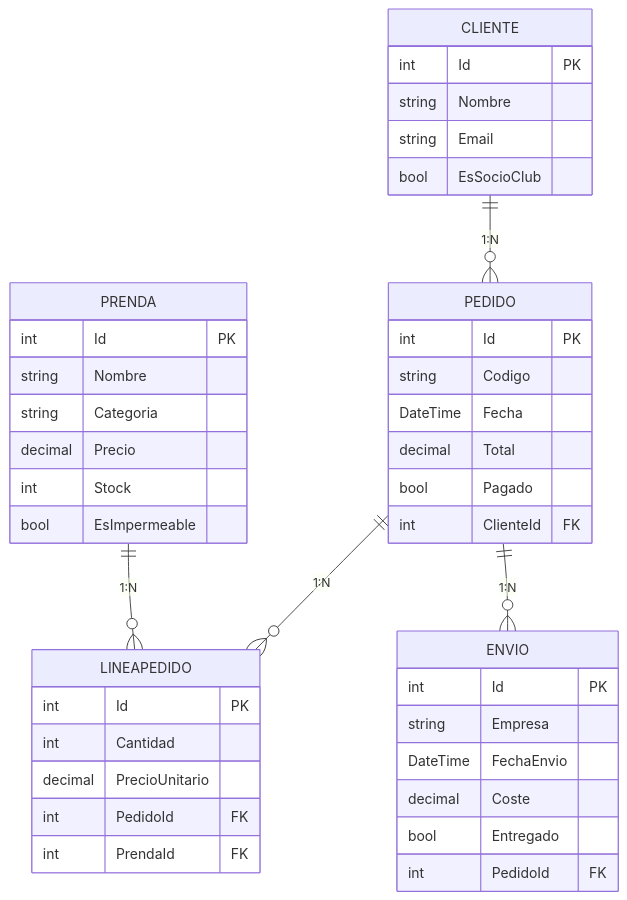
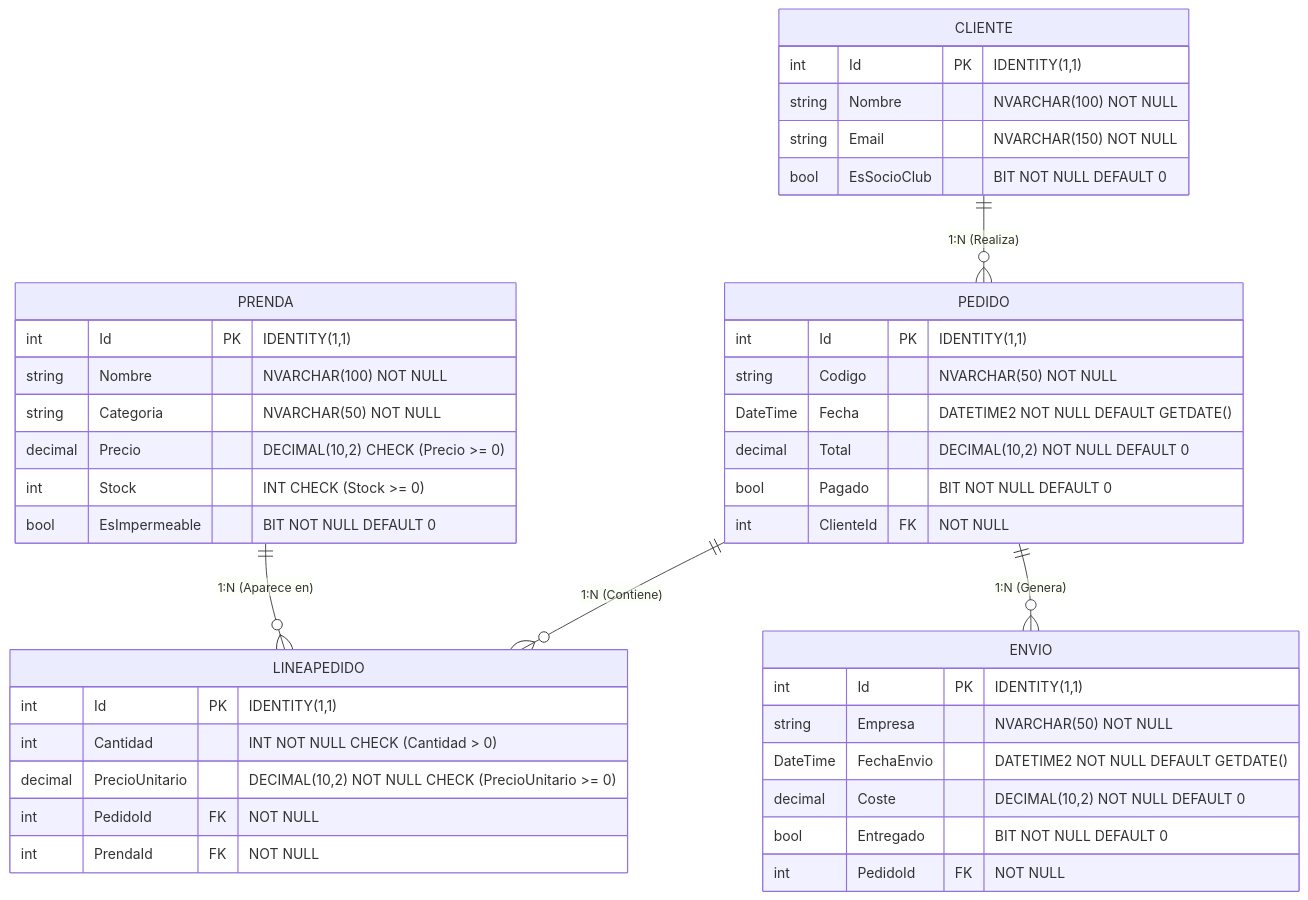
Before and after one commit to Lorenzoo195/DWES_AA1: the diagram in Docs/DOCUMENTACION.md, drawn with Mermaid. The commit also changed other lines of this file and 4 other files, not shown here.

````diff
--- a/Docs/DOCUMENTACION.md
+++ b/Docs/DOCUMENTACION.md
@@ -47,49 +60,49 @@
 ```mermaid
 erDiagram
-    CLIENTE ||--o{ PEDIDO : "1:N"
-    PEDIDO ||--o{ LINEAPEDIDO : "1:N"
-    PRENDA ||--o{ LINEAPEDIDO : "1:N"
-    PEDIDO ||--o{ ENVIO : "1:N"
+    CLIENTE ||--o{ PEDIDO : "1:N (Realiza)"
+    PEDIDO ||--o{ LINEAPEDIDO : "1:N (Contiene)"
+    PRENDA ||--o{ LINEAPEDIDO : "1:N (Aparece en)"
+    PEDIDO ||--o{ ENVIO : "1:N (Genera)"
 
     CLIENTE {
-        int Id PK
-        string Nombre
-        string Email
-        bool EsSocioClub
+        int Id PK "IDENTITY(1,1)"
+        string Nombre "NVARCHAR(100) NOT NULL"
+        string Email "NVARCHAR(150) NOT NULL"
+        bool EsSocioClub "BIT NOT NULL DEFAULT 0"
     }
 
     PRENDA {
-        int Id PK
-        string Nombre
-        string Categoria
-        decimal Precio
-        int Stock
-        bool EsImpermeable
+        int Id PK "IDENTITY(1,1)"
+        string Nombre "NVARCHAR(100) NOT NULL"
+        string Categoria "NVARCHAR(50) NOT NULL"
+        decimal Precio "DECIMAL(10,2) CHECK (Precio >= 0)"
+        int Stock "INT CHECK (Stock >= 0)"
+        bool EsImpermeable "BIT NOT NULL DEFAULT 0"
     }
 
     PEDIDO {
-        int Id PK
-        string Codigo
-        DateTime Fecha
-        decimal Total
-        bool Pagado
-        int ClienteId FK
+        int Id PK "IDENTITY(1,1)"
+        string Codigo "NVARCHAR(50) NOT NULL"
+        DateTime Fecha "DATETIME2 NOT NULL DEFAULT GETDATE()"
+        decimal Total "DECIMAL(10,2) NOT NULL DEFAULT 0"
+        bool Pagado "BIT NOT NULL DEFAULT 0"
+        int ClienteId FK "NOT NULL"
     }
 
     LINEAPEDIDO {
-        int Id PK
-        int Cantidad
-        decimal PrecioUnitario
-        int PedidoId FK
-        int PrendaId FK
+        int Id PK "IDENTITY(1,1)"
+        int Cantidad "INT NOT NULL CHECK (Cantidad > 0)"
+        decimal PrecioUnitario "DECIMAL(10,2) NOT NULL CHECK (PrecioUnitario >= 0)"
+        int PedidoId FK "NOT NULL"
+        int PrendaId FK "NOT NULL"
     }
 
     ENVIO {
-        int Id PK
-        string Empresa
-        DateTime FechaEnvio
-        decimal Coste
-        bool Entregado
-        int PedidoId FK
+        int Id PK "IDENTITY(1,1)"
+        string Empresa "NVARCHAR(50) NOT NULL"
+        DateTime FechaEnvio "DATETIME2 NOT NULL DEFAULT GETDATE()"
+        decimal Coste "DECIMAL(10,2) NOT NULL DEFAULT 0"
+        bool Entregado "BIT NOT NULL DEFAULT 0"
+        int PedidoId FK "NOT NULL"
     }
 ```
````
